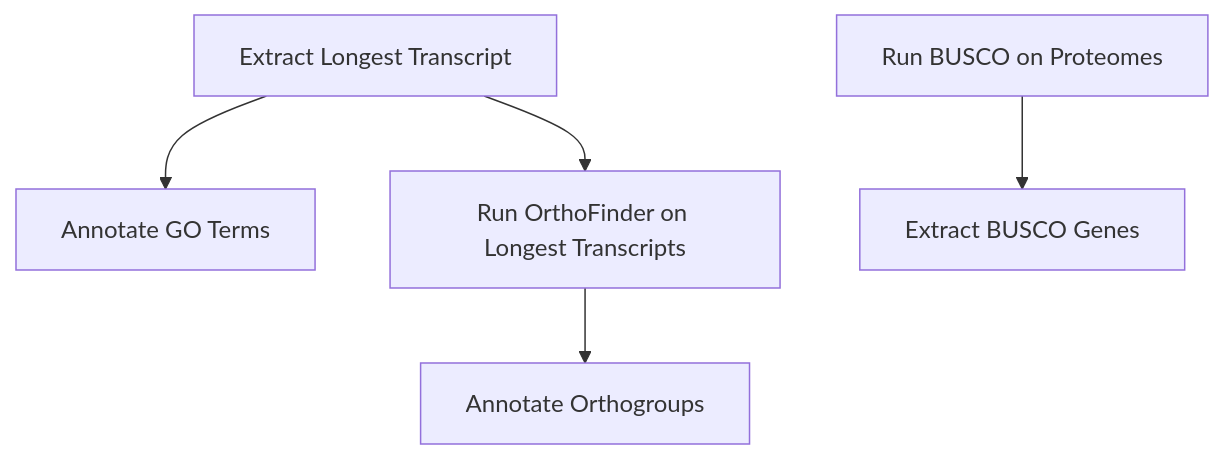
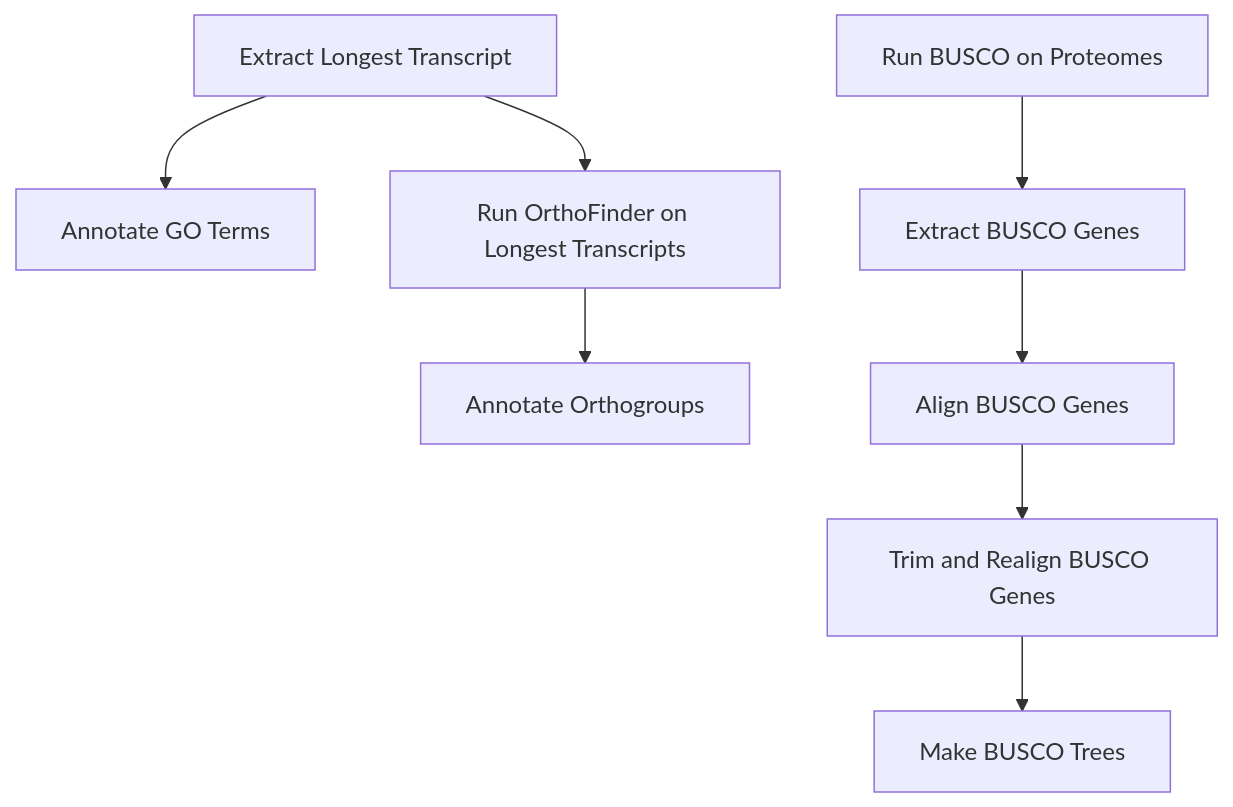
The diagram in README.md (connor122721/GeneFamilyEvolution), drawn with Mermaid before and after one commit. The commit also changed other lines of this file and 10 other files, not shown here.

````diff
--- a/README.md
+++ b/README.md
@@ -7,8 +7,10 @@
 ```mermaid
 graph TD
     A[Extract Longest Transcript] --> B[Annotate GO Terms]
-    C[Run BUSCO on Proteomes]
-    C --> D[Extract BUSCO Genes]
-    A --> E[Run OrthoFinder on Longest Transcripts]
-    E --> F[Annotate Orthogroups]
+    C[Run BUSCO on Proteomes] --> D[Extract BUSCO Genes]
+    D --> E[Align BUSCO Genes]
+    E --> F[Trim and Realign BUSCO Genes]
+    F --> G[Make BUSCO Trees]
+    A --> H[Run OrthoFinder on Longest Transcripts]
+    H --> I[Annotate Orthogroups]
 ```
````
